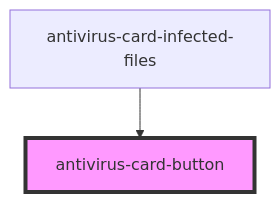
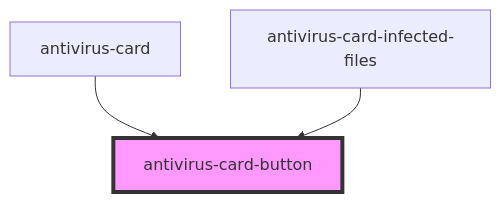
The diagram in packages/antivirus-card/src/components/button/readme.md (ispsystem/plugin-imunify), drawn with Mermaid before and after one commit. The commit also changed other lines of this file and 10 other files, not shown here.

Commit message:
fix(antivirus-card): refactoring

````diff
--- a/packages/antivirus-card/src/components/button/readme.md
+++ b/packages/antivirus-card/src/components/button/readme.md
@@ -25,5 +26,6 @@
 ```mermaid
 graph TD;
+  antivirus-card --> antivirus-card-button
   antivirus-card-infected-files --> antivirus-card-button
   style antivirus-card-button fill:#f9f,stroke:#333,stroke-width:4px
 ```
````
